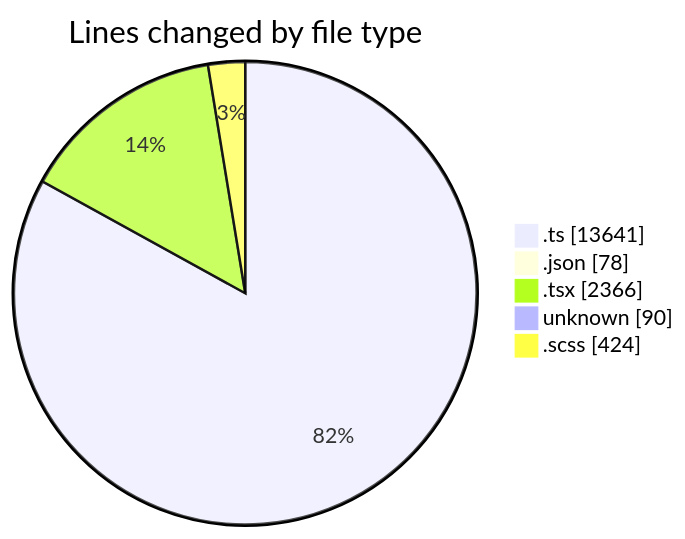
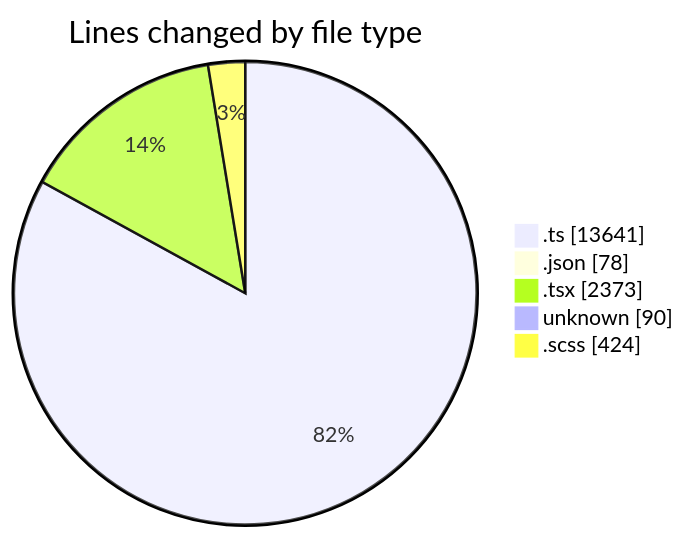
The first of 2 diagrams in 2025-08-29/cda/README.md (momahboobian/code-tracking), drawn with Mermaid before and after one commit. The commit also changed other lines of this file and 1 other file, not shown here.

````diff
--- a/2025-08-29/cda/README.md
+++ b/2025-08-29/cda/README.md
@@ -34,9 +34,9 @@
 ```mermaid
 pie showData
 title Lines changed by file type
 ".ts" : 13641
 ".json" : 78
-".tsx" : 2366
+".tsx" : 2373
 "unknown" : 90
 ".scss" : 424
 ```
````
